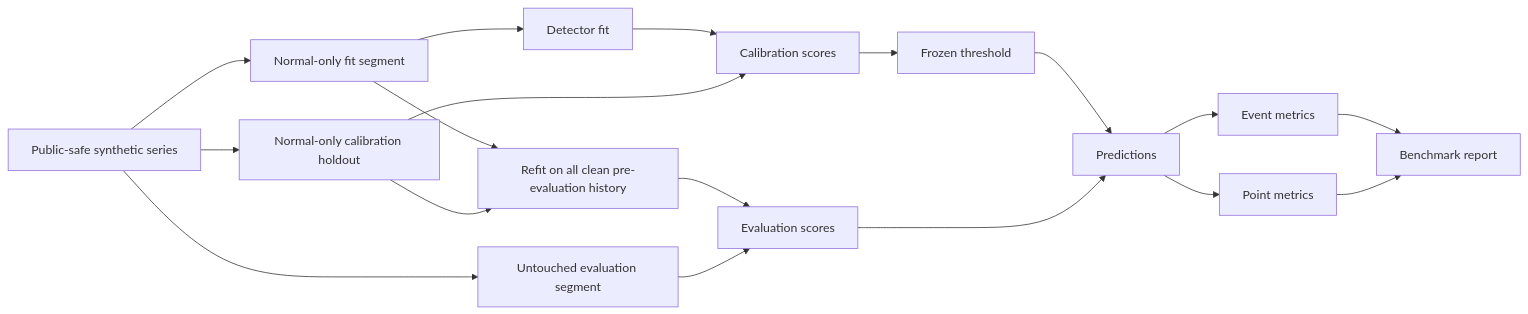
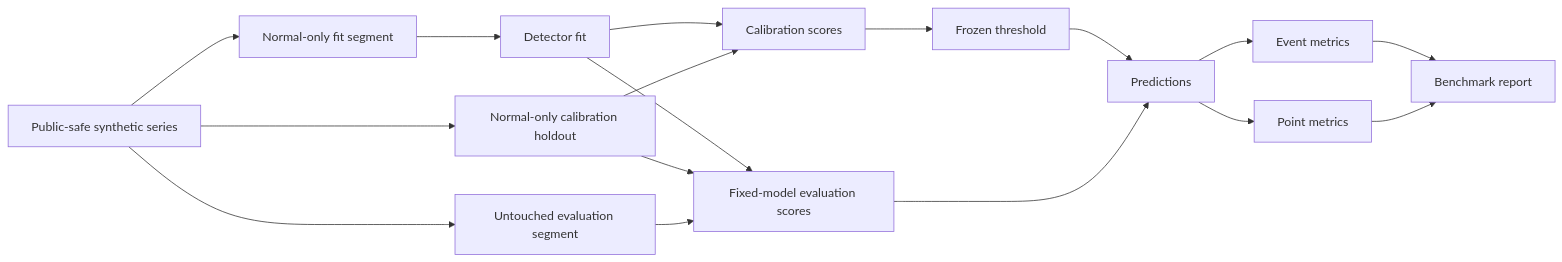
Before and after one commit to cagataykavas/time-series-anomaly-lab: the diagram in README.md, drawn with Mermaid. The commit also changed other lines of this file and 51 other files, not shown here.

````diff
--- a/README.md
+++ b/README.md
@@ -15,23 +15,22 @@
 ```mermaid
 flowchart LR
     D[Public-safe synthetic series] --> F[Normal-only fit segment]
     D --> C[Normal-only calibration holdout]
     D --> E[Untouched evaluation segment]
 
     F --> M[Detector fit]
     M --> CS[Calibration scores]
     C --> CS
     CS --> T[Frozen threshold]
 
-    F --> RF[Refit on all clean pre-evaluation history]
-    C --> RF
-    RF --> ES[Evaluation scores]
+    M --> ES[Fixed-model evaluation scores]
+    C --> ES
     E --> ES
     T --> P[Predictions]
     ES --> P
 
     P --> PM[Point metrics]
     P --> EM[Event metrics]
     EM --> R[Benchmark report]
     PM --> R
 ```
````
